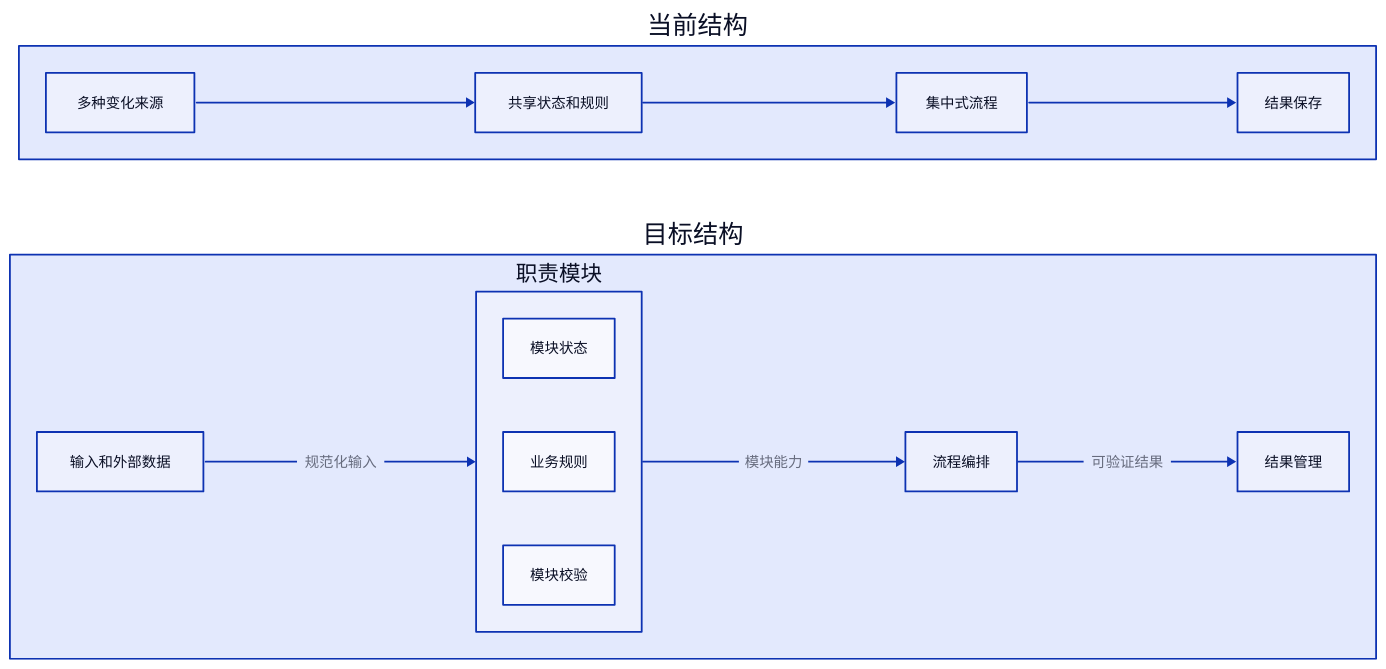
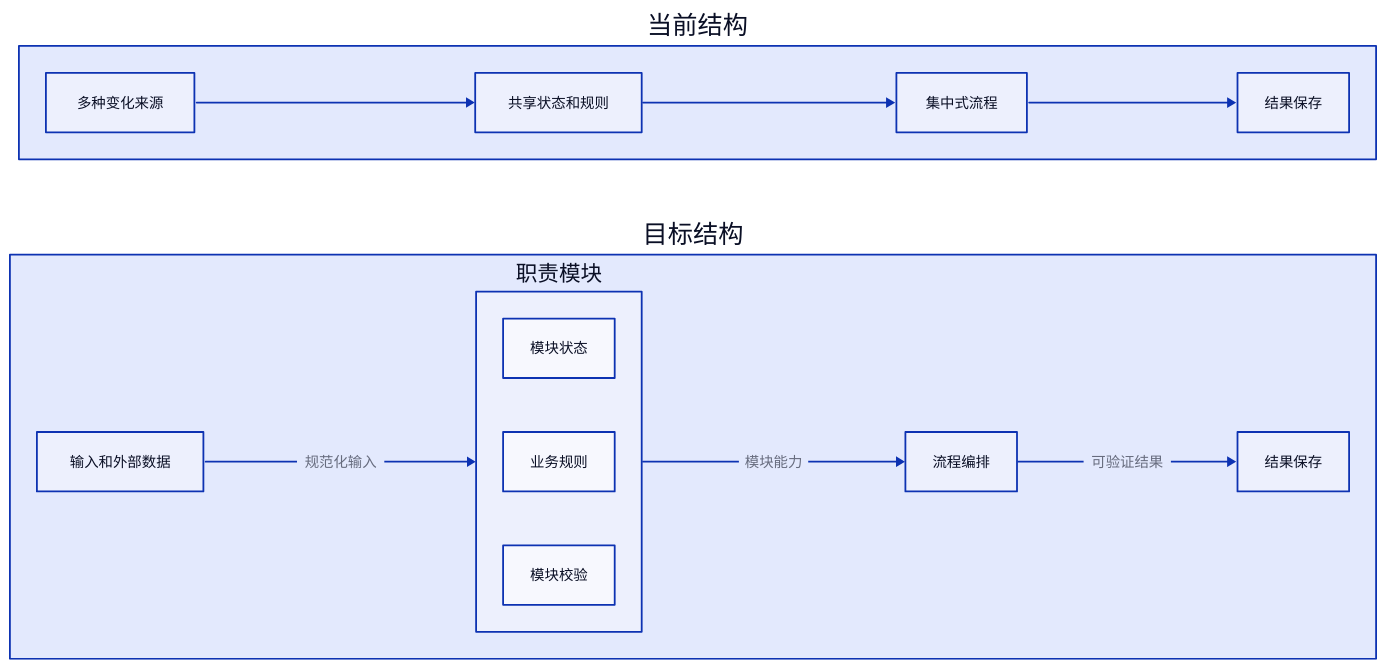
One commit to youngluo/thinking changed the diagram in apps/docs/experiences/架构/如何进行业务重构.md. Above: the diagram before and after it, drawn with D2. The commit also changed other lines of this file and 11 other files, not shown here.

First line of the commit message:
docs(architecture): refine business refactoring guide

````diff
--- a/apps/docs/experiences/架构/如何进行业务重构.md
+++ b/apps/docs/experiences/架构/如何进行业务重构.md
@@ -32,29 +32,29 @@
 ```d2
 direction: right
 
 current: 当前结构 {
   input: 多种变化来源
   shared: 共享状态和规则
   flow: 集中式流程
   result: 结果保存
 
   input -> shared
   shared -> flow
   flow -> result
 }
 
 target: 目标结构 {
   input: 输入和外部数据
   module: 职责模块 {
     model: 模块状态
     rule: 业务规则
     check: 模块校验
   }
   orchestration: 流程编排
-  result: 结果管理
+  result: 结果保存
 
   input -> module: 规范化输入
   module -> orchestration: 模块能力
   orchestration -> result: 可验证结果
 }
 ```
````
